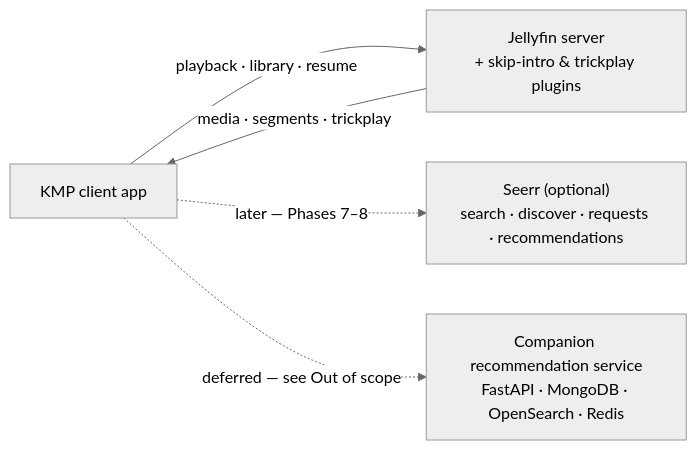
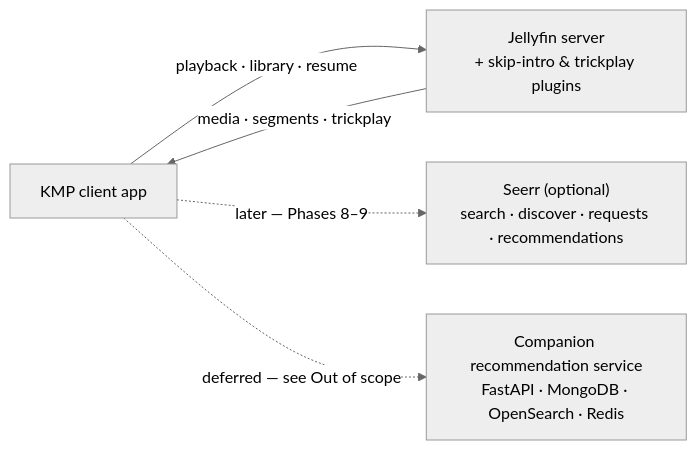
The second of 2 diagrams in docs/ROADMAP.md (VibeyFin/VibeyFin), drawn with Mermaid (neutral theme) before and after one commit. The commit also changed other lines of this file and 77 other files, not shown here.

````diff
--- a/docs/ROADMAP.md
+++ b/docs/ROADMAP.md
@@ -52,7 +52,7 @@
 ```mermaid
 flowchart LR
   Client["KMP client app"] -->|"playback · library · resume"| Jellyfin["Jellyfin server<br/>+ skip-intro & trickplay plugins"]
   Jellyfin -->|"media · segments · trickplay"| Client
-  Client -. "later — Phases 7–8" .-> Seerr["Seerr (optional)<br/>search · discover · requests · recommendations"]
+  Client -. "later — Phases 8–9" .-> Seerr["Seerr (optional)<br/>search · discover · requests · recommendations"]
   Client -. "deferred — see Out of scope" .-> Companion["Companion recommendation service<br/>FastAPI · MongoDB · OpenSearch · Redis"]
 ```
````
